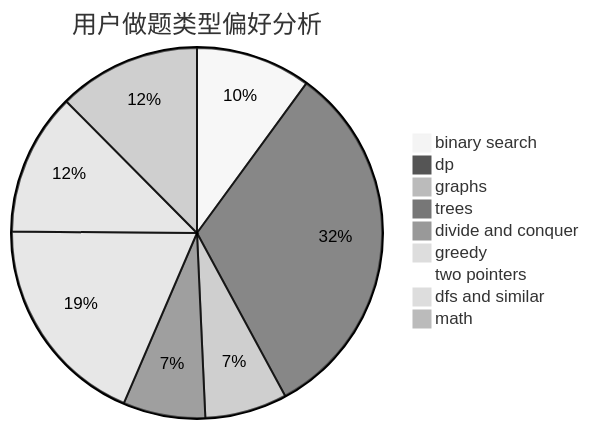
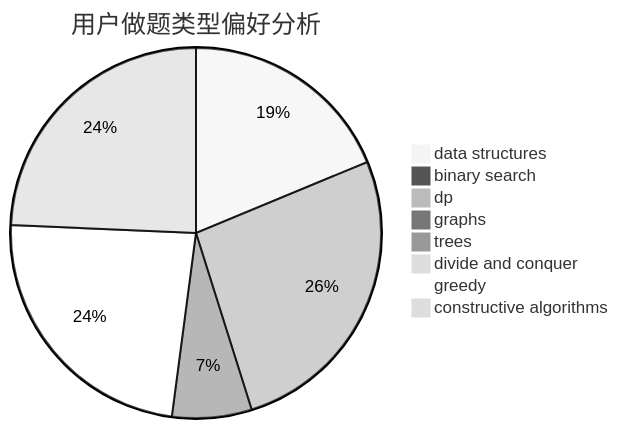
Before and after one commit to sherpahu/cfrs.github.io: the second of 3 diagrams in docs/user/u2360.md, drawn with Mermaid (neutral theme). The commit also changed other lines of this file and 2775 other files, not shown here.

````diff
--- a/docs/user/u2360.md
+++ b/docs/user/u2360.md
@@ -23,12 +23,11 @@
 ```mermaid
 pie title 用户做题类型偏好分析
-    "binary search" :  21
-    "dp" :  67
-    "graphs" :  15
-    "trees" :  15
+    "data structures" :  27
+    "binary search" :  0
+    "dp" :  38
+    "graphs" :  0
+    "trees" :  10
     "divide and conquer" :  0
-    "greedy" :  39
-    "two pointers" :  0
-    "dfs and similar" :  26
-    "math" :  26
+    "greedy" :  34
+    "constructive algorithms" :  35
 ```
````
